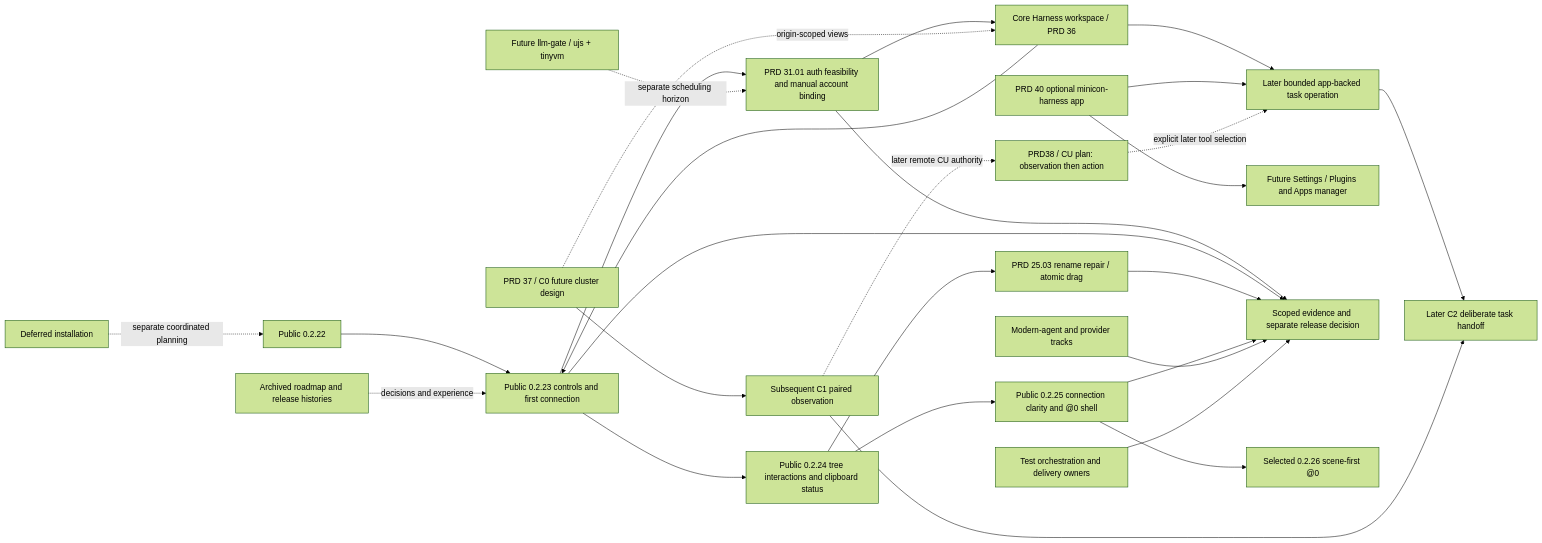
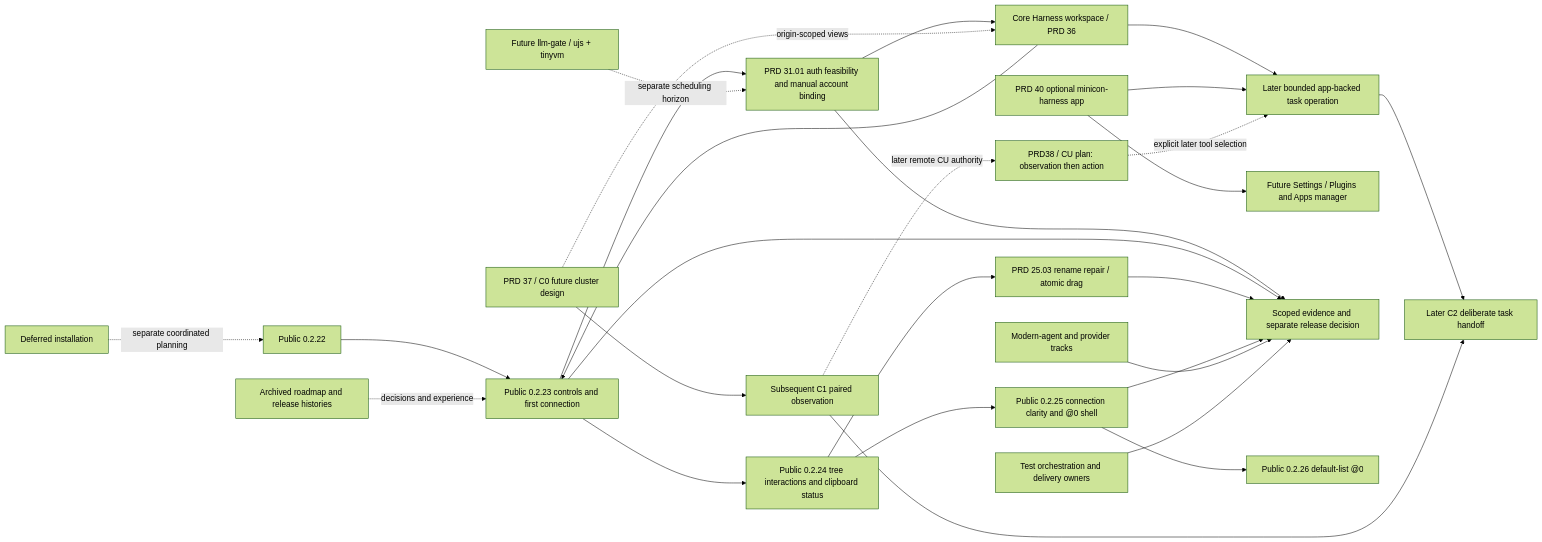
Before and after one commit to partnernetsoftware/minicon: the diagram in plan/plan-v0.2.x-product-roadmap.md, drawn with Mermaid (forest theme). The commit also changed other lines of this file and 11 other files, not shown here.

````diff
--- a/plan/plan-v0.2.x-product-roadmap.md
+++ b/plan/plan-v0.2.x-product-roadmap.md
@@ -44,29 +44,29 @@
 ```mermaid
 flowchart LR
     B[Public 0.2.22] --> P[Public 0.2.23 controls and first connection]
     P --> A[PRD 31.01 auth feasibility and manual account binding]
     V[Core Harness workspace / PRD 36] --> P
     A --> V
     V --> L[Later bounded app-backed task operation]
     APP[PRD 40 optional minicon-harness app] --> L
     APP --> SET[Future Settings / Plugins and Apps manager]
     CL[PRD 37 / C0 future cluster design] -. origin-scoped views .-> V
     CL --> CP[Subsequent C1 paired observation]
     CU[PRD38 / CU plan: observation then action] -. explicit later tool selection .-> L
     CP -. later remote CU authority .-> CU
     L --> CT[Later C2 deliberate task handoff]
     CP --> CT
     A --> Q
     F[Future llm-gate / ujs + tinyvm] -. separate scheduling horizon .-> A
     P --> Q[Scoped evidence and separate release decision]
     P --> NEXT[Public 0.2.24 tree interactions and clipboard status]
     NEXT --> TREE[PRD 25.03 rename repair / atomic drag]
     TREE --> Q
     NEXT --> V25[Public 0.2.25 connection clarity and @0 shell]
     V25 --> Q
-    V25 --> V26[Selected 0.2.26 scene-first @0]
+    V25 --> V26[Public 0.2.26 default-list @0]
     T[Modern-agent and provider tracks] --> Q
     O[Test orchestration and delivery owners] --> Q
     H[Archived roadmap and release histories] -. decisions and experience .-> P
     I[Deferred installation] -. separate coordinated planning .-> B
 ```
````
